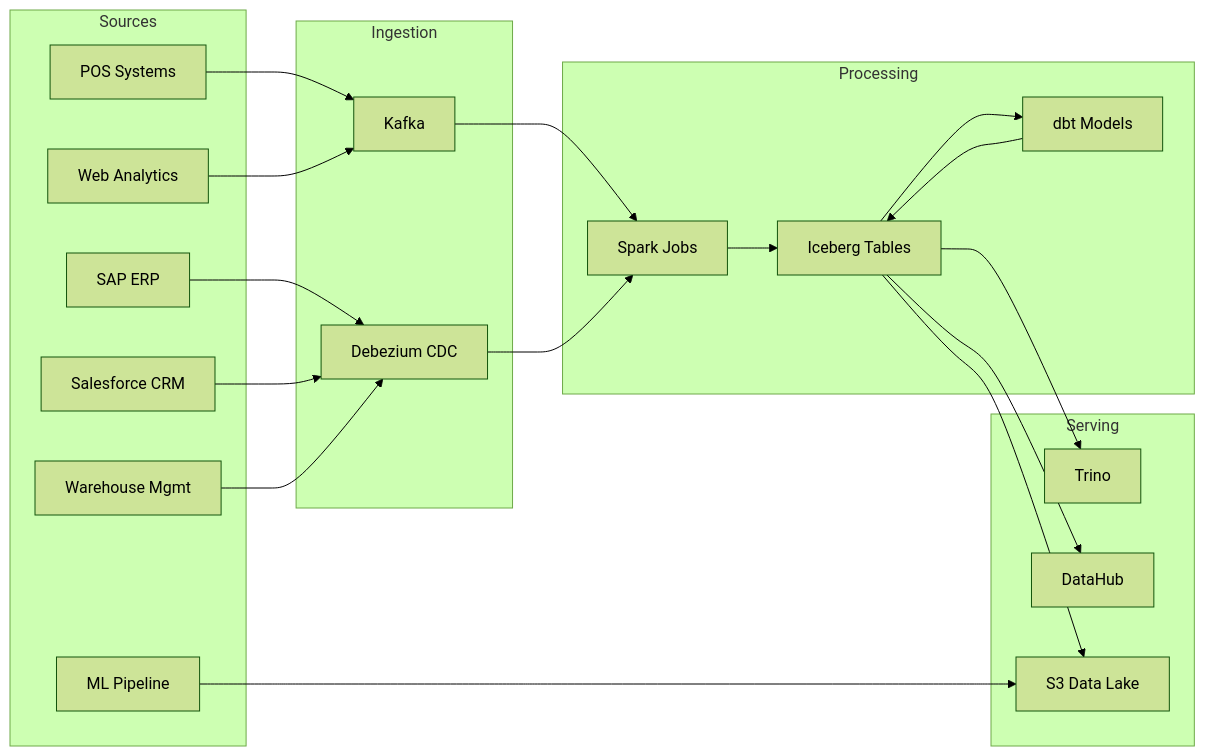
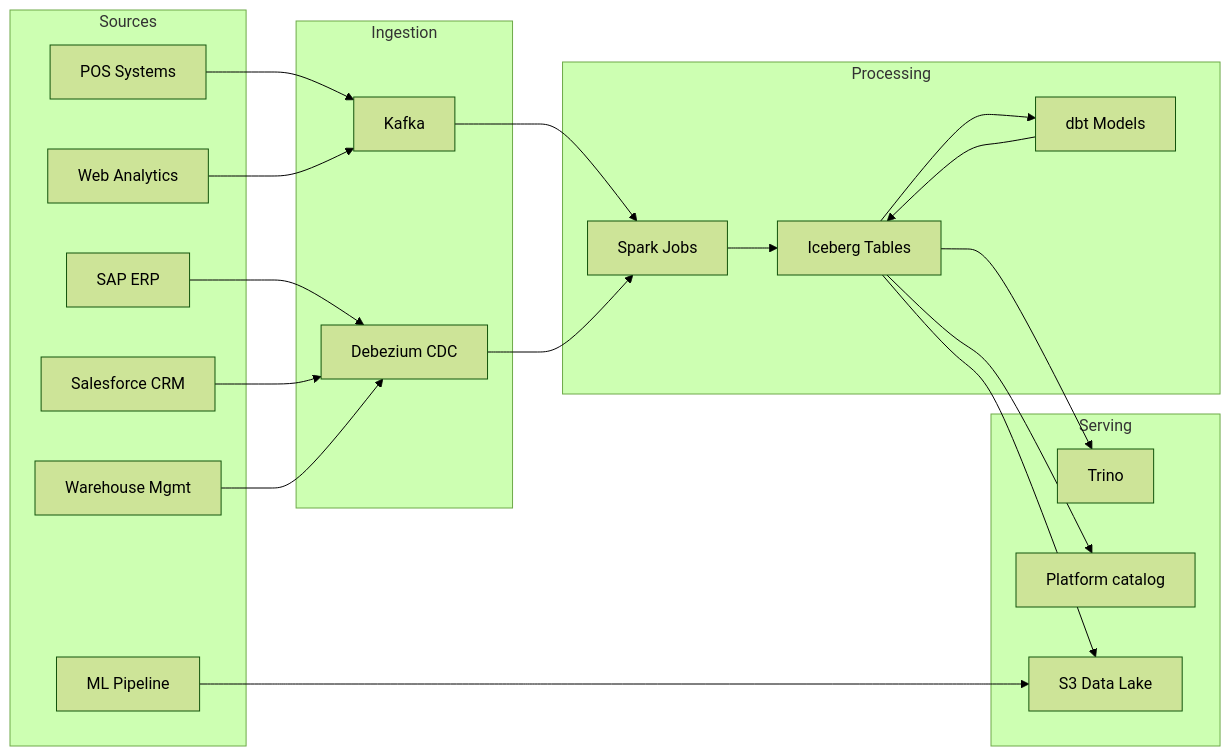
One commit to txn2/mcp-data-platform changed the diagram in dev/seed-content/asset-004.md. Above: the diagram before and after it, drawn with Mermaid (forest theme). The commit also changed other lines of this file and 746 other files, not shown here.

First line of the commit message:
feat(catalog): portal catalog, search/fetch reads, DataHub removed (#1916) (#2123)

````diff
--- a/dev/seed-content/asset-004.md
+++ b/dev/seed-content/asset-004.md
@@ -9,45 +9,45 @@
 ```mermaid
 graph LR
     subgraph Sources
         POS[POS Systems]
         ERP[SAP ERP]
         WEB[Web Analytics]
         CRM[Salesforce CRM]
         INV[Warehouse Mgmt]
         ML[ML Pipeline]
     end
 
     subgraph Ingestion
         KAF[Kafka]
         CDC[Debezium CDC]
     end
 
     subgraph Processing
         SP[Spark Jobs]
         DBT[dbt Models]
         ICE[Iceberg Tables]
     end
 
     subgraph Serving
         TRI[Trino]
-        DH[DataHub]
+        DH[Platform catalog]
         S3[S3 Data Lake]
     end
 
     POS --> KAF
     ERP --> CDC
     WEB --> KAF
     CRM --> CDC
     INV --> CDC
     ML --> S3
 
     KAF --> SP
     CDC --> SP
     SP --> ICE
     ICE --> DBT
     DBT --> ICE
 
     ICE --> TRI
     ICE --> DH
     ICE --> S3
 ```
````
